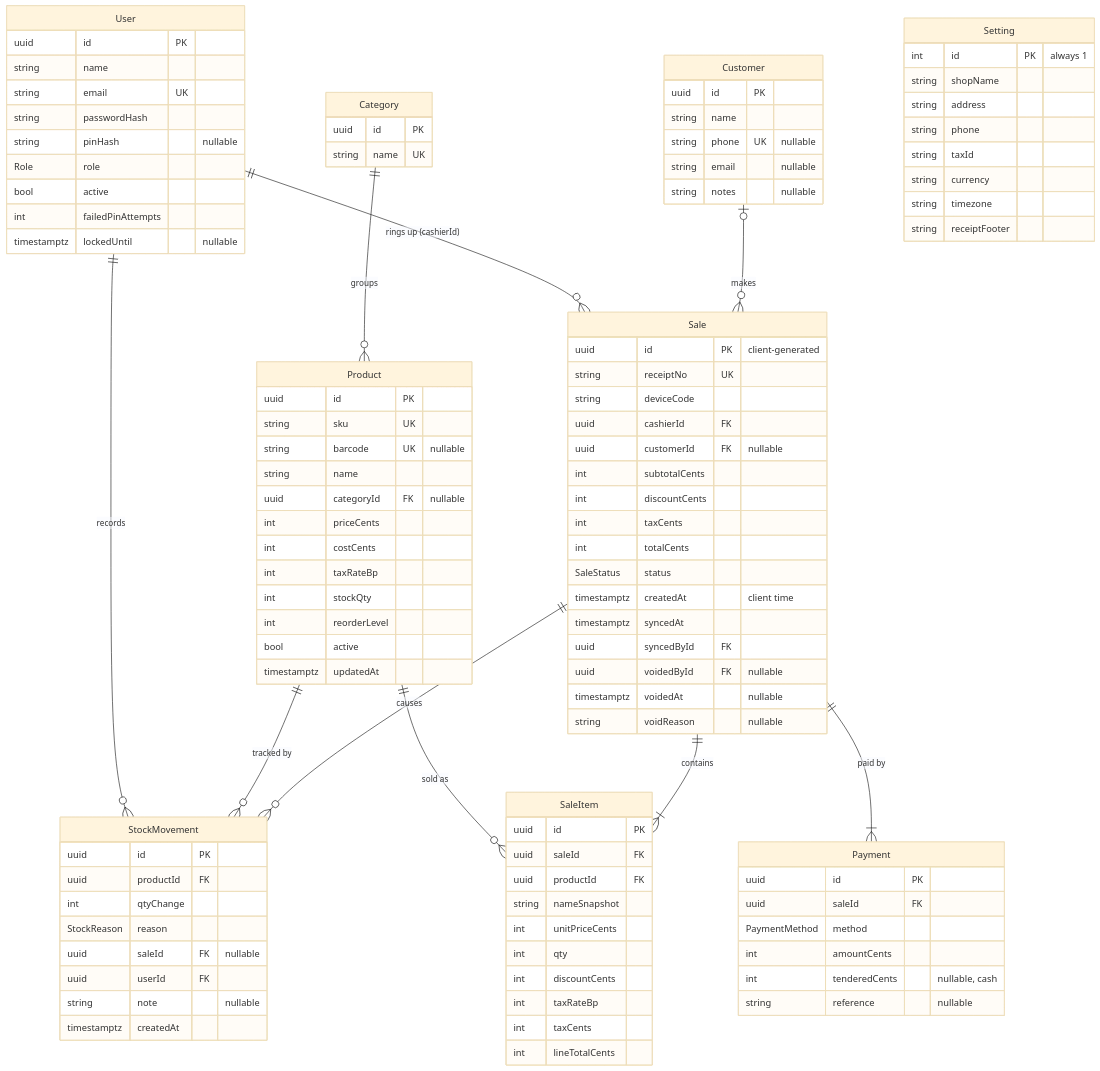
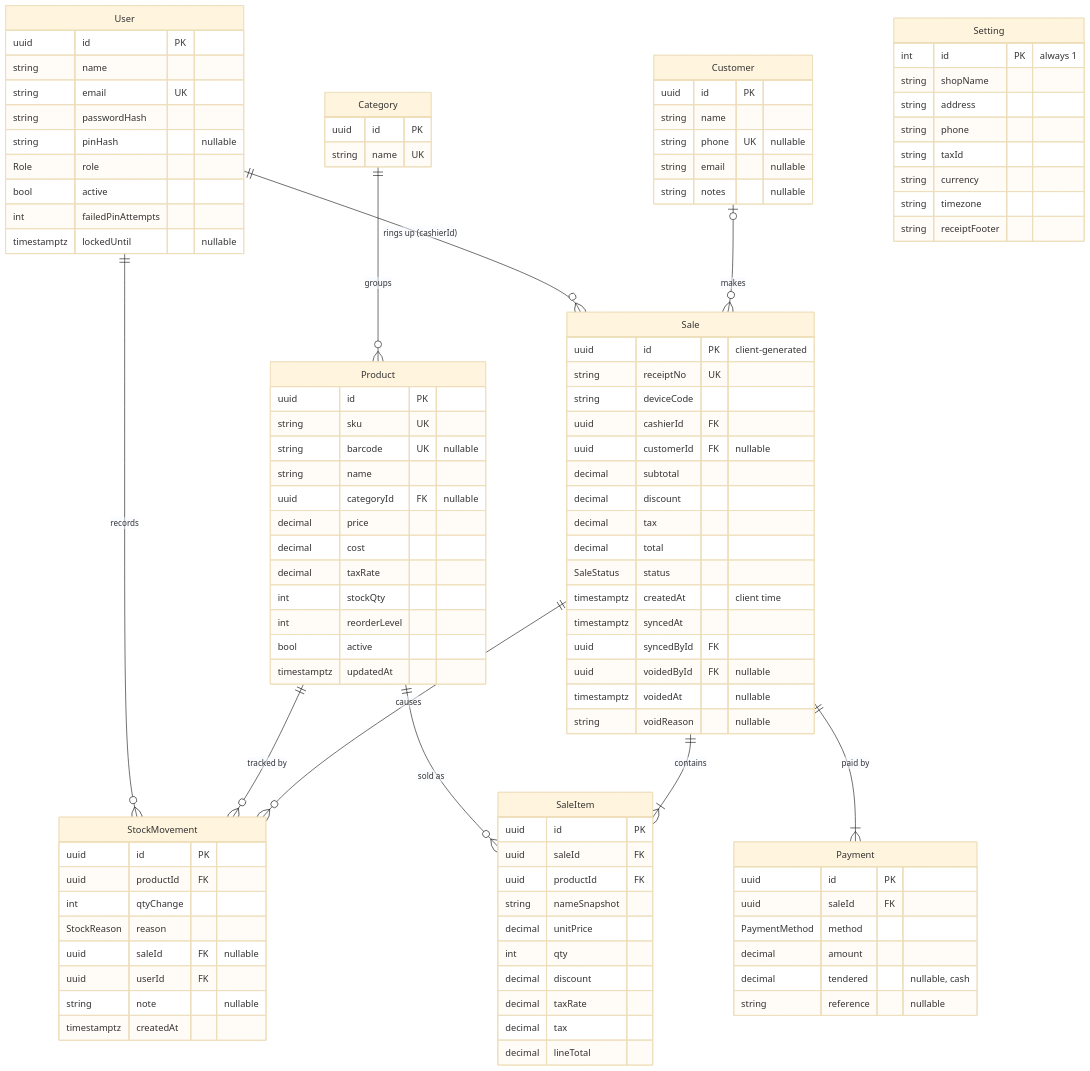
The diagram in docs/04-database-schema.md (oupiseyit/pos-system), drawn with Mermaid (base theme) before and after one commit. The commit also changed other lines of this file and 5 other files, not shown here.

First line of the commit message:
Store money as Decimal instead of integer cents

```diff
--- a/docs/04-database-schema.md
+++ b/docs/04-database-schema.md
@@ -37,9 +37,9 @@
     string barcode UK "nullable"
     string name
     uuid categoryId FK "nullable"
-    int priceCents
-    int costCents
-    int taxRateBp
+    decimal price
+    decimal cost
+    decimal taxRate
     int stockQty
     int reorderLevel
     bool active
@@ -68,10 +68,10 @@
     string deviceCode
     uuid cashierId FK
     uuid customerId FK "nullable"
-    int subtotalCents
-    int discountCents
-    int taxCents
-    int totalCents
+    decimal subtotal
+    decimal discount
+    decimal tax
+    decimal total
     SaleStatus status
     timestamptz createdAt "client time"
     timestamptz syncedAt
@@ -85,19 +85,19 @@
     uuid saleId FK
     uuid productId FK
     string nameSnapshot
-    int unitPriceCents
+    decimal unitPrice
     int qty
-    int discountCents
-    int taxRateBp
-    int taxCents
-    int lineTotalCents
+    decimal discount
+    decimal taxRate
+    decimal tax
+    decimal lineTotal
   }
   Payment {
     uuid id PK
     uuid saleId FK
     PaymentMethod method
-    int amountCents
-    int tenderedCents "nullable, cash"
+    decimal amount
+    decimal tendered "nullable, cash"
     string reference "nullable"
   }
   Setting {
```
